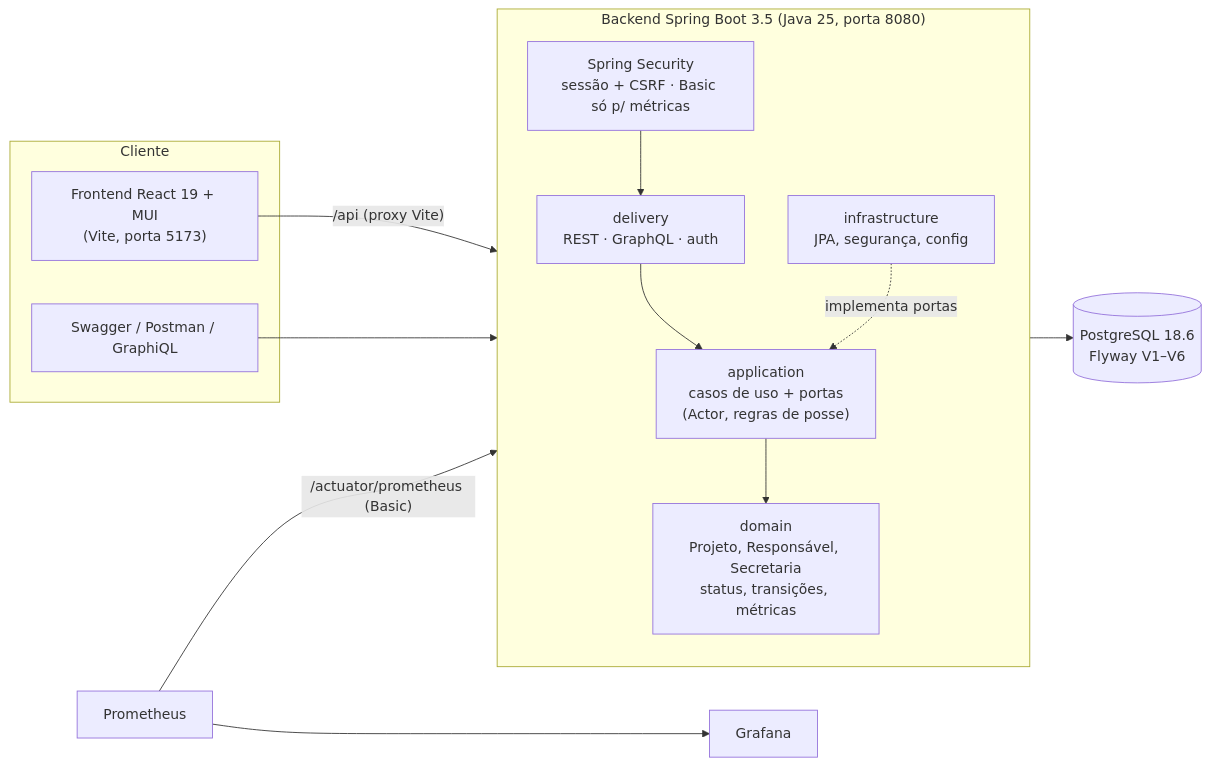
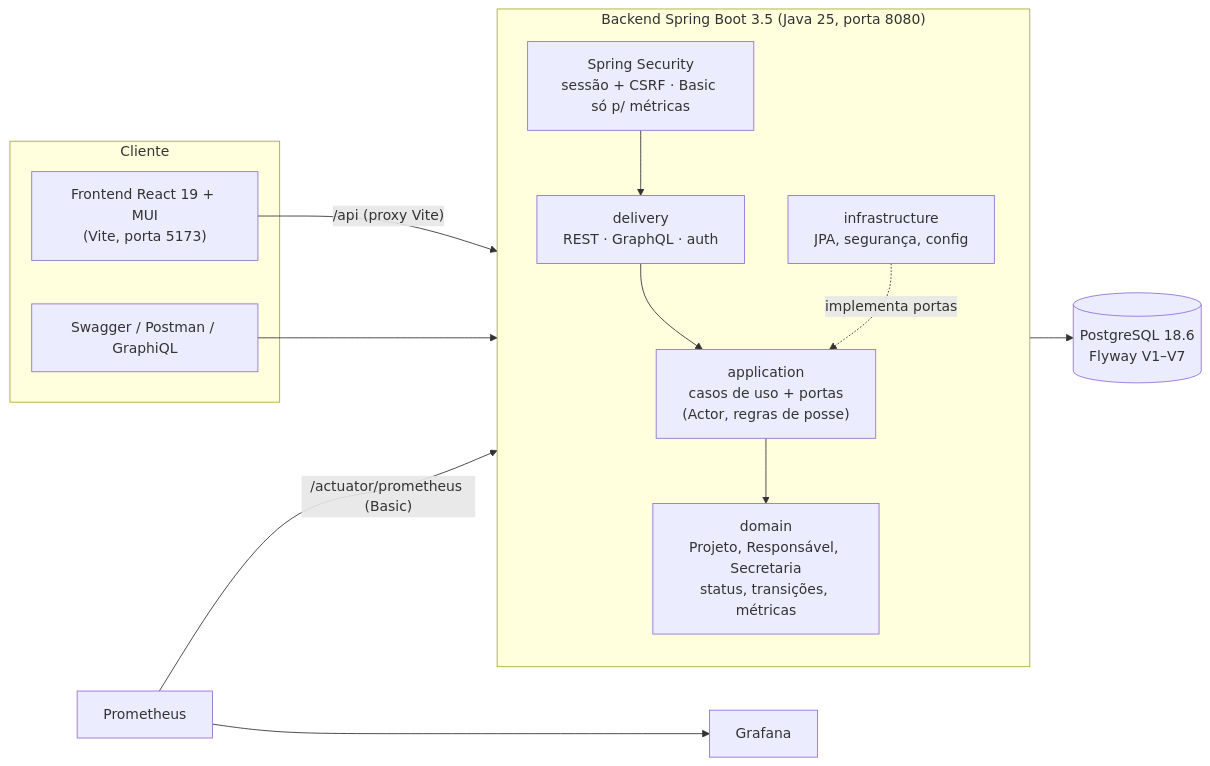
The diagram in README.md (Odijas/-facilit-desafio-kanban), drawn with Mermaid before and after one commit. The commit also changed other lines of this file and 10 other files, not shown here.

````diff
--- a/README.md
+++ b/README.md
@@ -42,23 +42,23 @@
 ```mermaid
 flowchart LR
   subgraph Cliente
     UI["Frontend React 19 + MUI<br/>(Vite, porta 5173)"]
     EXT["Swagger / Postman / GraphiQL"]
   end
   subgraph Backend["Backend Spring Boot 3.5 (Java 25, porta 8080)"]
     direction TB
     SEC["Spring Security<br/>sessão + CSRF · Basic só p/ métricas"]
     DEL["delivery<br/>REST · GraphQL · auth"]
     APP["application<br/>casos de uso + portas<br/>(Actor, regras de posse)"]
     DOM["domain<br/>Projeto, Responsável, Secretaria<br/>status, transições, métricas"]
     INF["infrastructure<br/>JPA, segurança, config"]
     SEC --> DEL --> APP --> DOM
     INF -. implementa portas .-> APP
   end
-  DB[("PostgreSQL 18.6<br/>Flyway V1–V6")]
+  DB[("PostgreSQL 18.6<br/>Flyway V1–V7")]
   PROM["Prometheus"] --> GRAF["Grafana"]
   UI -- "/api (proxy Vite)" --> SEC
   EXT --> SEC
   INF --> DB
   PROM -- "/actuator/prometheus (Basic)" --> SEC
 ```
````
